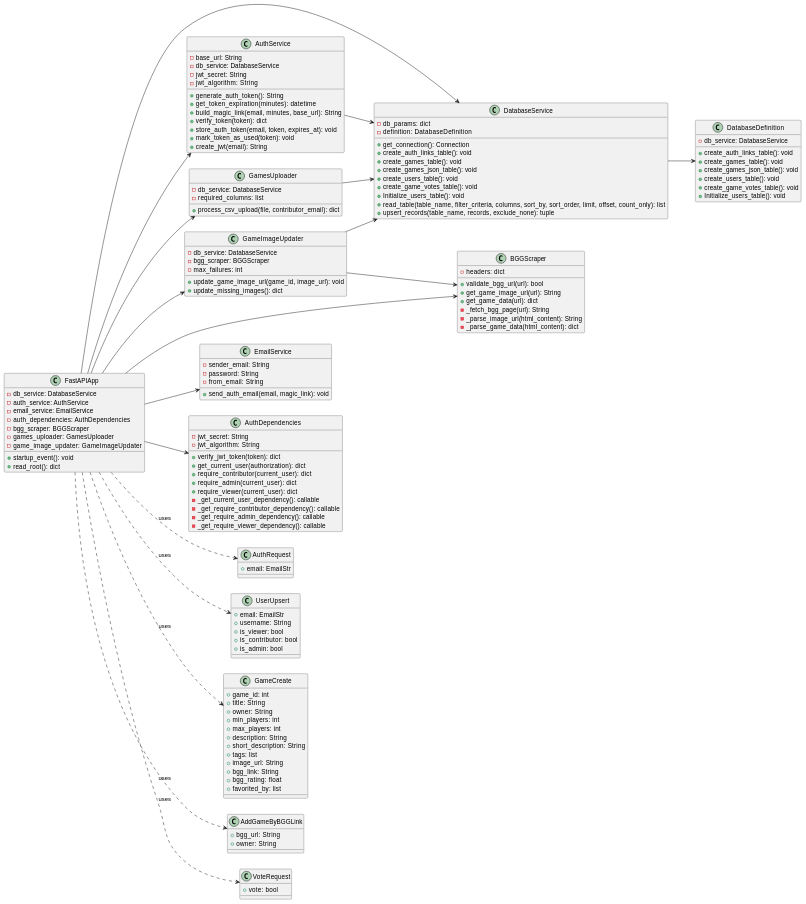
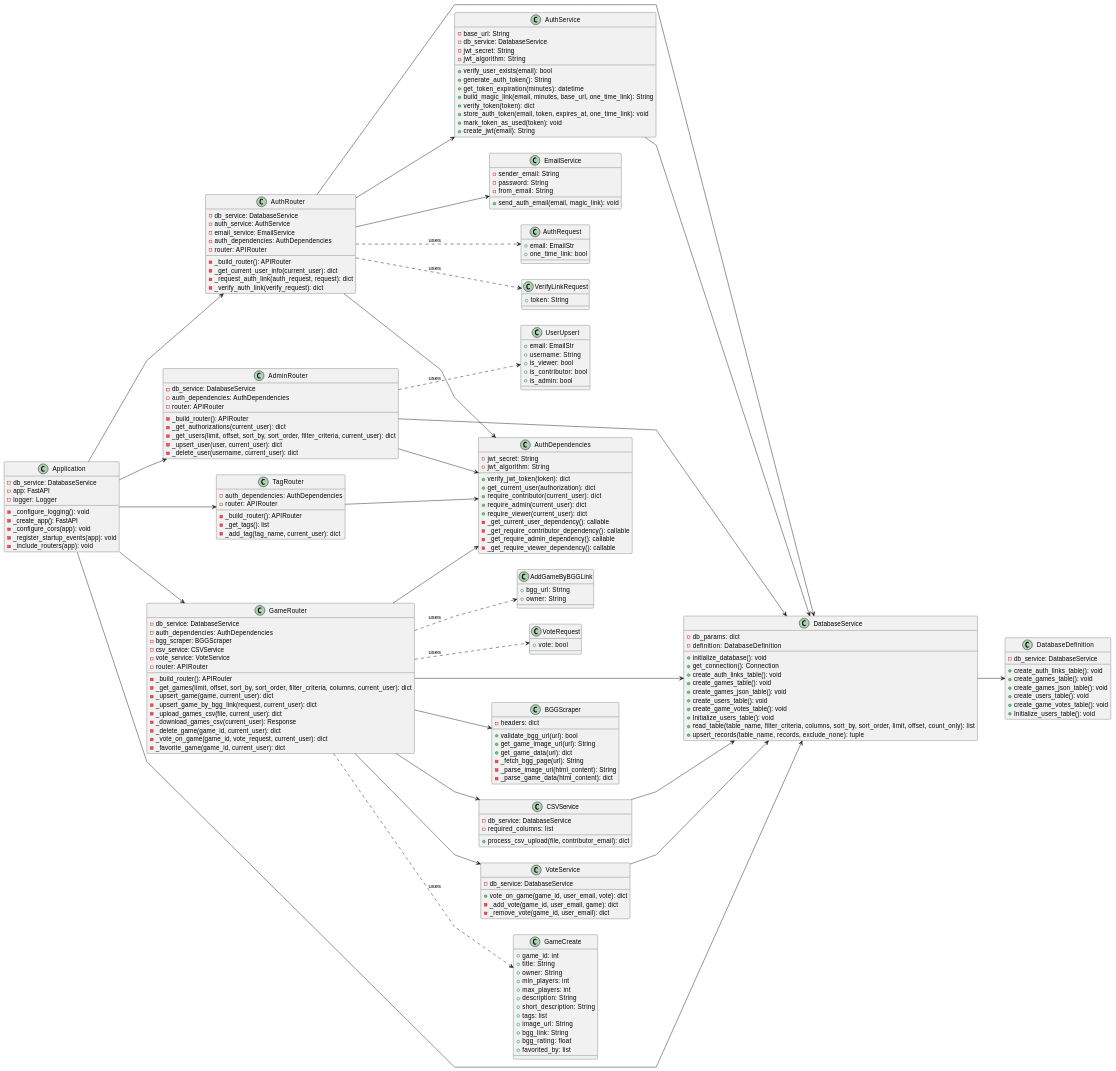
The fifth of 6 diagrams in Game Group Site.md (leshmark/gamegroup), drawn with PlantUML before and after one commit. The commit also changed other lines of this file and 4 other files, not shown here.

````diff
--- a/Game Group Site.md
+++ b/Game Group Site.md
@@ -389,155 +416,228 @@
 ```plantuml
 @startuml
 left to right direction
-class FastAPIApp {
-    - db_service: DatabaseService
-    - auth_service: AuthService
-    - email_service: EmailService
-    - auth_dependencies: AuthDependencies
-    - bgg_scraper: BGGScraper
-    - games_uploader: GamesUploader
-    - game_image_updater: GameImageUpdater
-    + startup_event(): void
-    + read_root(): dict
-}
+skinparam linetype polyline 
 
-class DatabaseService {
-    - db_params: dict
-    - definition: DatabaseDefinition
-    + get_connection(): Connection
-    + create_auth_links_table(): void
-    + create_games_table(): void
-    + create_games_json_table(): void
-    + create_users_table(): void
-    + create_game_votes_table(): void
-    + Initialize_users_table(): void
-    + read_table(table_name, filter_criteria, columns, sort_by, sort_order, limit, offset, count_only): list
-    + upsert_records(table_name, records, exclude_none): tuple
-}
+' package "Application" {
+    class Application {
+        - db_service: DatabaseService
+        - app: FastAPI
+        - logger: Logger
+        - _configure_logging(): void
+        - _create_app(): FastAPI
+        - _configure_cors(app): void
+        - _register_startup_events(app): void
+        - _include_routers(app): void
+    }
+' }
 
-class DatabaseDefinition {
-    - db_service: DatabaseService
-    + create_auth_links_table(): void
-    + create_games_table(): void
-    + create_games_json_table(): void
-    + create_users_table(): void
-    + create_game_votes_table(): void
-    + Initialize_users_table(): void
-}
+' package "Routers" {
+    class AuthRouter {
+        - db_service: DatabaseService
+        - auth_service: AuthService
+        - email_service: EmailService
+        - auth_dependencies: AuthDependencies
+        - router: APIRouter
+        - _build_router(): APIRouter
+        - _get_current_user_info(current_user): dict
+        - _request_auth_link(auth_request, request): dict
+        - _verify_auth_link(verify_request): dict
+    }
 
-class AuthService {
-    - base_url: String
-    - db_service: DatabaseService
-    - jwt_secret: String
-    - jwt_algorithm: String
-    + generate_auth_token(): String
-    + get_token_expiration(minutes): datetime
-    + build_magic_link(email, minutes, base_url): String
-    + verify_token(token): dict
-    + store_auth_token(email, token, expires_at): void
-    + mark_token_as_used(token): void
-    + create_jwt(email): String
-}
+    class AdminRouter {
+        - db_service: DatabaseService
+        - auth_dependencies: AuthDependencies
+        - router: APIRouter
+        - _build_router(): APIRouter
+        - _get_authorizations(current_user): dict
+        - _get_users(limit, offset, sort_by, sort_order, filter_criteria, current_user): dict
+        - _upsert_user(user, current_user): dict
+        - _delete_user(username, current_user): dict
+    }
 
-class EmailService {
-    - sender_email: String
-    - password: String
-    - from_email: String
-    + send_auth_email(email, magic_link): void
-}
+    class GameRouter {
+        - db_service: DatabaseService
+        - auth_dependencies: AuthDependencies
+        - bgg_scraper: BGGScraper
+        - csv_service: CSVService
+        - vote_service: VoteService
+        - router: APIRouter
+        - _build_router(): APIRouter
+        - _get_games(limit, offset, sort_by, sort_order, filter_criteria, columns, current_user): dict
+        - _upsert_game(game, current_user): dict
+        - _upsert_game_by_bgg_link(request, current_user): dict
+        - _upload_games_csv(file, current_user): dict
+        - _download_games_csv(current_user): Response
+        - _delete_game(game_id, current_user): dict
+        - _vote_on_game(game_id, vote_request, current_user): dict
+        - _favorite_game(game_id, current_user): dict
+    }
 
-class AuthDependencies {
-    - jwt_secret: String
-    - jwt_algorithm: String
-    + verify_jwt_token(token): dict
-    + get_current_user(authorization): dict
-    + require_contributor(current_user): dict
-    + require_admin(current_user): dict
-    + require_viewer(current_user): dict
-    - _get_current_user_dependency(): callable
-    - _get_require_contributor_dependency(): callable
-    - _get_require_admin_dependency(): callable
-    - _get_require_viewer_dependency(): callable
-}
+    class TagRouter {
+        - auth_dependencies: AuthDependencies
+        - router: APIRouter
+        - _build_router(): APIRouter
+        - _get_tags(): list
+        - _add_tag(tag_name, current_user): dict
+    }
+' }
 
-class BGGScraper {
-    - headers: dict
-    + validate_bgg_url(url): bool
-    + get_game_image_url(url): String
-    + get_game_data(url): dict
-    - _fetch_bgg_page(url): String
-    - _parse_image_url(html_content): String
-    - _parse_game_data(html_content): dict
-}
+' package "Services" {
+    class DatabaseService {
+        - db_params: dict
+        - definition: DatabaseDefinition
+        + initialize_database(): void
+        + get_connection(): Connection
+        + create_auth_links_table(): void
+        + create_games_table(): void
+        + create_games_json_table(): void
+        + create_users_table(): void
+        + create_game_votes_table(): void
+        + Initialize_users_table(): void
+        + read_table(table_name, filter_criteria, columns, sort_by, sort_order, limit, offset, count_only): list
+        + upsert_records(table_name, records, exclude_none): tuple
+    }
 
-class GamesUploader {
-    - db_service: DatabaseService
-    - required_columns: list
-    + process_csv_upload(file, contributor_email): dict
-}
+    class DatabaseDefinition {
+        - db_service: DatabaseService
+        + create_auth_links_table(): void
+        + create_games_table(): void
+        + create_games_json_table(): void
+        + create_users_table(): void
+        + create_game_votes_table(): void
+        + Initialize_users_table(): void
+    }
 
-class GameImageUpdater {
-    - db_service: DatabaseService
-    - bgg_scraper: BGGScraper
-    - max_failures: int
-    + update_game_image_url(game_id, image_url): void
-    + update_missing_images(): dict
-}
+    class AuthService {
+        - base_url: String
+        - db_service: DatabaseService
+        - jwt_secret: String
+        - jwt_algorithm: String
+        + verify_user_exists(email): bool
+        + generate_auth_token(): String
+        + get_token_expiration(minutes): datetime
+        + build_magic_link(email, minutes, base_url, one_time_link): String
+        + verify_token(token): dict
+        + store_auth_token(email, token, expires_at, one_time_link): void
+        + mark_token_as_used(token): void
+        + create_jwt(email): String
+    }
 
-/' Pydantic Models '/
-class AuthRequest {
-    + email: EmailStr
-}
+    class EmailService {
+        - sender_email: String
+        - password: String
+        - from_email: String
+        + send_auth_email(email, magic_link): void
+    }
 
-class UserUpsert {
-    + email: EmailStr
-    + username: String
-    + is_viewer: bool
-    + is_contributor: bool
-    + is_admin: bool
-}
+    class AuthDependencies {
+        - jwt_secret: String
+        - jwt_algorithm: String
+        + verify_jwt_token(token): dict
+        + get_current_user(authorization): dict
+        + require_contributor(current_user): dict
+        + require_admin(current_user): dict
+        + require_viewer(current_user): dict
+        - _get_current_user_dependency(): callable
+        - _get_require_contributor_dependency(): callable
+        - _get_require_admin_dependency(): callable
+        - _get_require_viewer_dependency(): callable
+    }
 
-class GameCreate {
-    + game_id: int
-    + title: String
-    + owner: String
-    + min_players: int
-    + max_players: int
-    + description: String
-    + short_description: String
-    + tags: list
-    + image_url: String
-    + bgg_link: String
-    + bgg_rating: float
-    + favorited_by: list
-}
+    class BGGScraper {
+        - headers: dict
+        + validate_bgg_url(url): bool
+        + get_game_image_url(url): String
+        + get_game_data(url): dict
+        - _fetch_bgg_page(url): String
+        - _parse_image_url(html_content): String
+        - _parse_game_data(html_content): dict
+    }
 
-class AddGameByBGGLink {
-    + bgg_url: String
-    + owner: String
-}
+    class CSVService {
+        - db_service: DatabaseService
+        - required_columns: list
+        + process_csv_upload(file, contributor_email): dict
+    }
 
-class VoteRequest {
-    + vote: bool
-}
+    class VoteService {
+        - db_service: DatabaseService
+        + vote_on_game(game_id, user_email, vote): dict
+        - _add_vote(game_id, user_email, game): dict
+        - _remove_vote(game_id, user_email): dict
+    }
+' }
+
+' package "Pydantic Models" {
+    class AuthRequest {
+        + email: EmailStr
+        + one_time_link: bool
+    }
+
+    class VerifyLinkRequest {
+        + token: String
+    }
+
+    class UserUpsert {
+        + email: EmailStr
+        + username: String
+        + is_viewer: bool
+        + is_contributor: bool
+        + is_admin: bool
+    }
+
+    class GameCreate {
+        + game_id: int
+        + title: String
+        + owner: String
+        + min_players: int
+        + max_players: int
+        + description: String
+        + short_description: String
+        + tags: list
+        + image_url: String
+        + bgg_link: String
+        + bgg_rating: float
+        + favorited_by: list
+    }
+
+    class AddGameByBGGLink {
+        + bgg_url: String
+        + owner: String
+    }
+
+    class VoteRequest {
+        + vote: bool
+    }
+' }
 
 /' Relationships '/
-FastAPIApp --> DatabaseService
-FastAPIApp --> AuthService
-FastAPIApp --> EmailService
-FastAPIApp --> AuthDependencies
-FastAPIApp --> BGGScraper
-FastAPIApp --> GamesUploader
-FastAPIApp --> GameImageUpdater
+Application --> AuthRouter
+Application --> AdminRouter
+Application --> GameRouter
+Application --> TagRouter
+Application --> DatabaseService
+AuthRouter --> DatabaseService
+AuthRouter --> AuthService
+AuthRouter --> EmailService
+AuthRouter --> AuthDependencies
+AdminRouter --> DatabaseService
+AdminRouter --> AuthDependencies
+GameRouter --> DatabaseService
+GameRouter --> AuthDependencies
+GameRouter --> BGGScraper
+GameRouter --> CSVService
+GameRouter --> VoteService
+TagRouter --> AuthDependencies
+AuthService --> DatabaseService
+CSVService --> DatabaseService
+VoteService --> DatabaseService
 DatabaseService --> DatabaseDefinition
-AuthService --> DatabaseService
-GamesUploader --> DatabaseService
-GameImageUpdater --> DatabaseService
-GameImageUpdater --> BGGScraper
-FastAPIApp ..> AuthRequest : uses
-FastAPIApp ..> UserUpsert : uses
-FastAPIApp ..> GameCreate : uses
-FastAPIApp ..> AddGameByBGGLink : uses
-FastAPIApp ..> VoteRequest : uses
+AuthRouter ..> AuthRequest : uses
+AuthRouter ..> VerifyLinkRequest : uses
+AdminRouter ..> UserUpsert : uses
+GameRouter ..> GameCreate : uses
+GameRouter ..> AddGameByBGGLink : uses
+GameRouter ..> VoteRequest : uses
 @enduml
 ```
````
